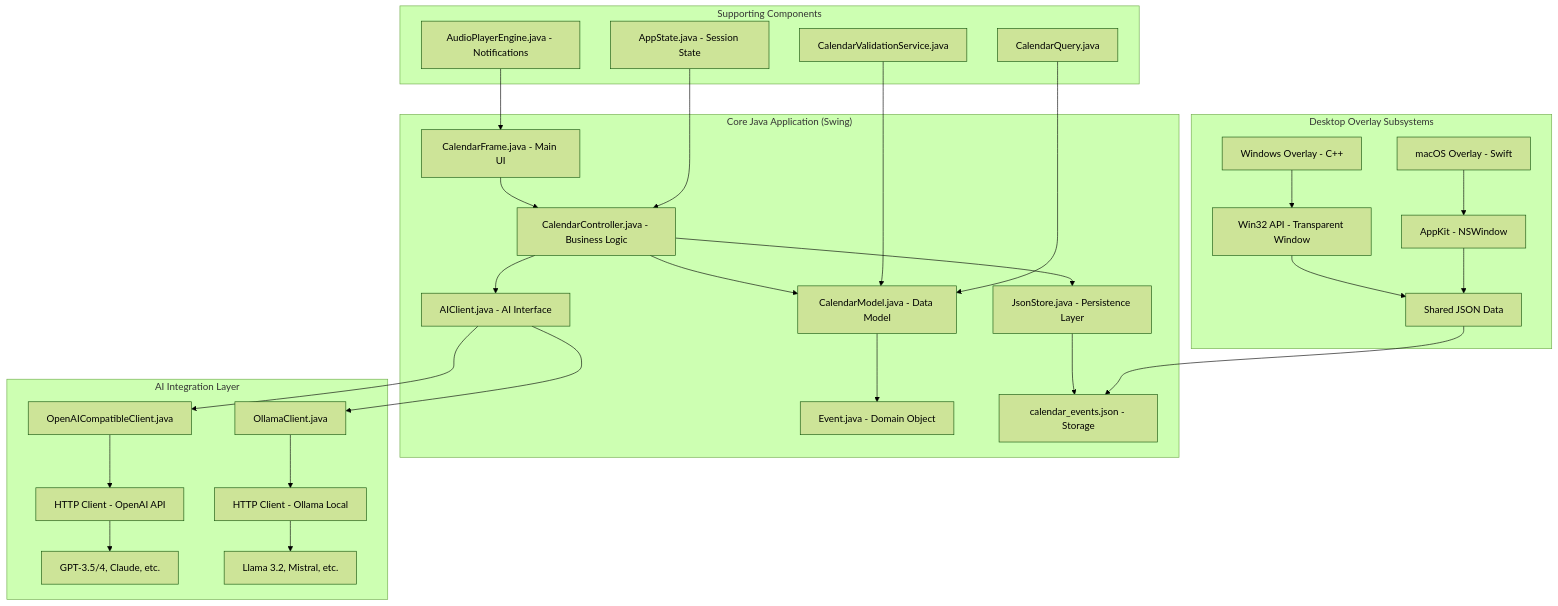
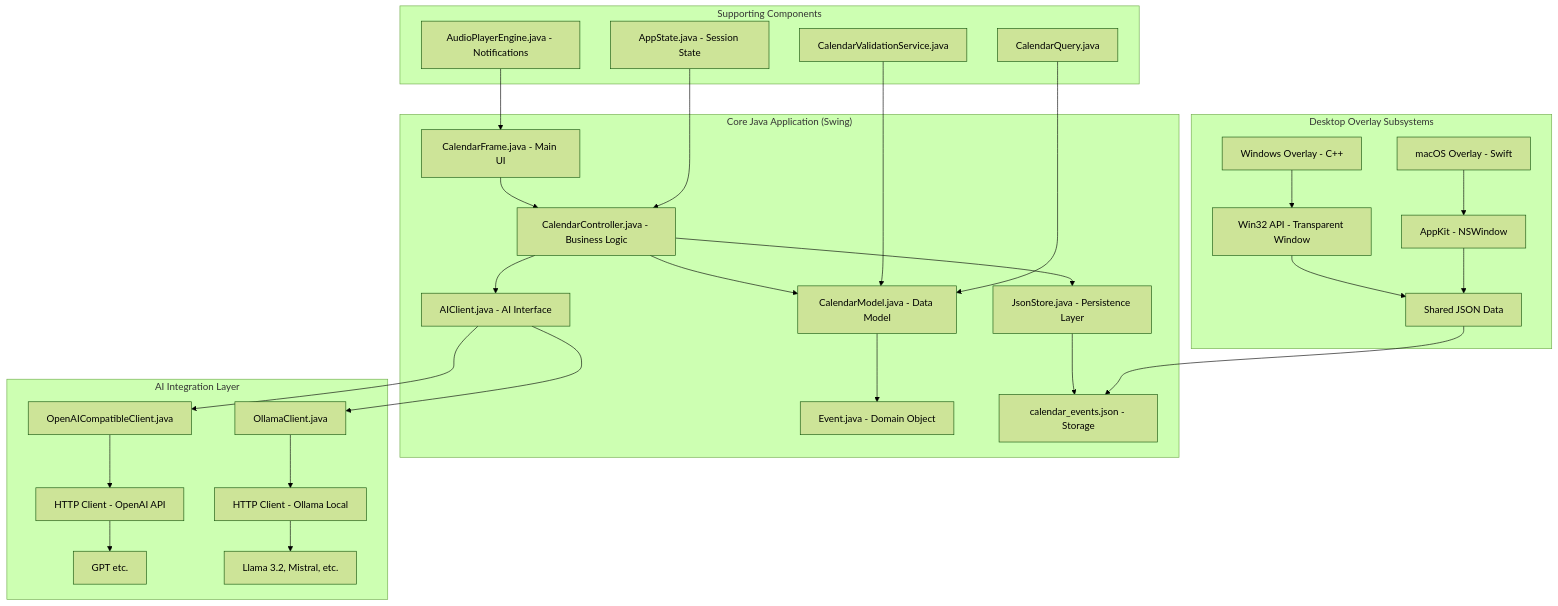
The second of 2 diagrams in README.md (richie-rich90454/desktop-calender-tracking), drawn with Mermaid (forest theme) before and after one commit. The commit also changed other lines of this file, not shown here.

````diff
--- a/README.md
+++ b/README.md
@@ -113,35 +119,35 @@
 ```mermaid
 graph TB
     subgraph "Core Java Application (Swing)"
         A[CalendarFrame.java - Main UI] --> B[CalendarController.java - Business Logic]
         B --> C[CalendarModel.java - Data Model]
         B --> D[JsonStore.java - Persistence Layer]
         B --> E[AIClient.java - AI Interface]
         C --> F[Event.java - Domain Object]
         D --> G[calendar_events.json - Storage]
     end
     
     subgraph "AI Integration Layer"
         E --> H[OpenAICompatibleClient.java]
         E --> I[OllamaClient.java]
         H --> J[HTTP Client - OpenAI API]
         I --> K[HTTP Client - Ollama Local]
-        J --> L[GPT-3.5/4, Claude, etc.]
+        J --> L[GPT etc.]
         K --> M[Llama 3.2, Mistral, etc.]
     end
     
     subgraph "Desktop Overlay Subsystems"
         N[Windows Overlay - C++] --> O[Win32 API - Transparent Window]
         P[macOS Overlay - Swift] --> Q[AppKit - NSWindow]
         O --> R[Shared JSON Data]
         Q --> R
         R --> G
     end
     
     subgraph "Supporting Components"
         S[CalendarValidationService.java] --> C
         T[CalendarQuery.java] --> C
         U[AppState.java - Session State] --> B
         V[AudioPlayerEngine.java - Notifications] --> A
     end
 ```
````
